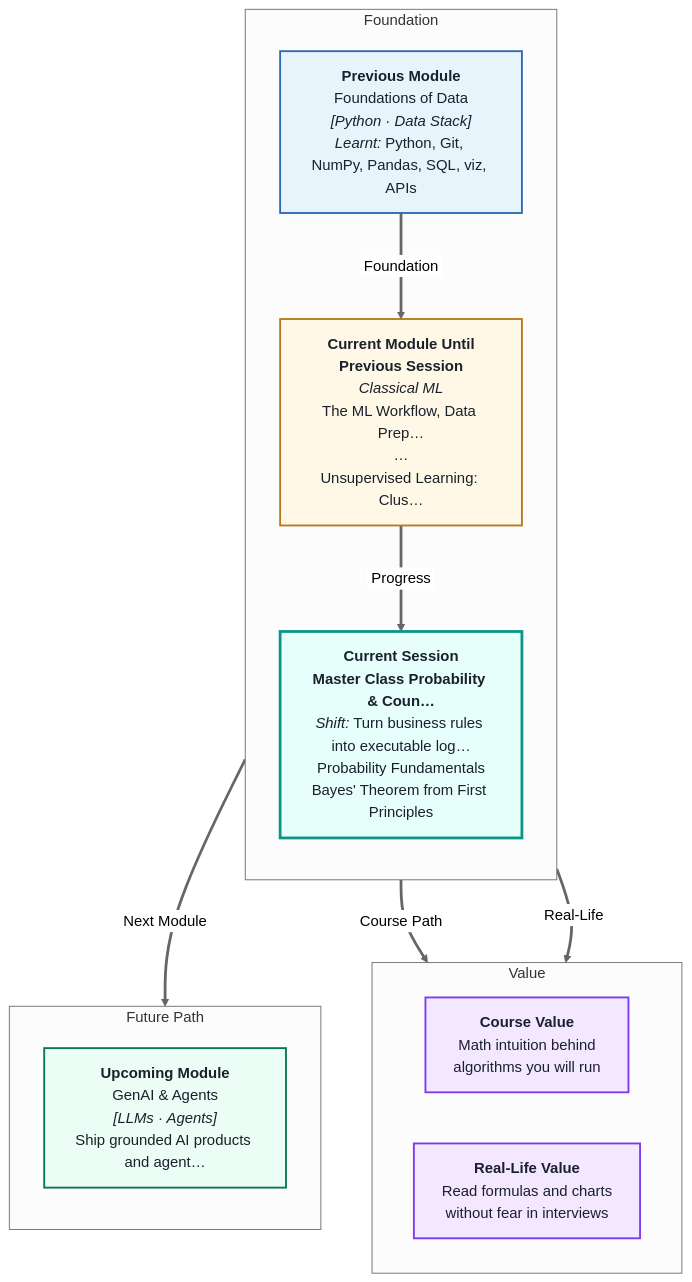
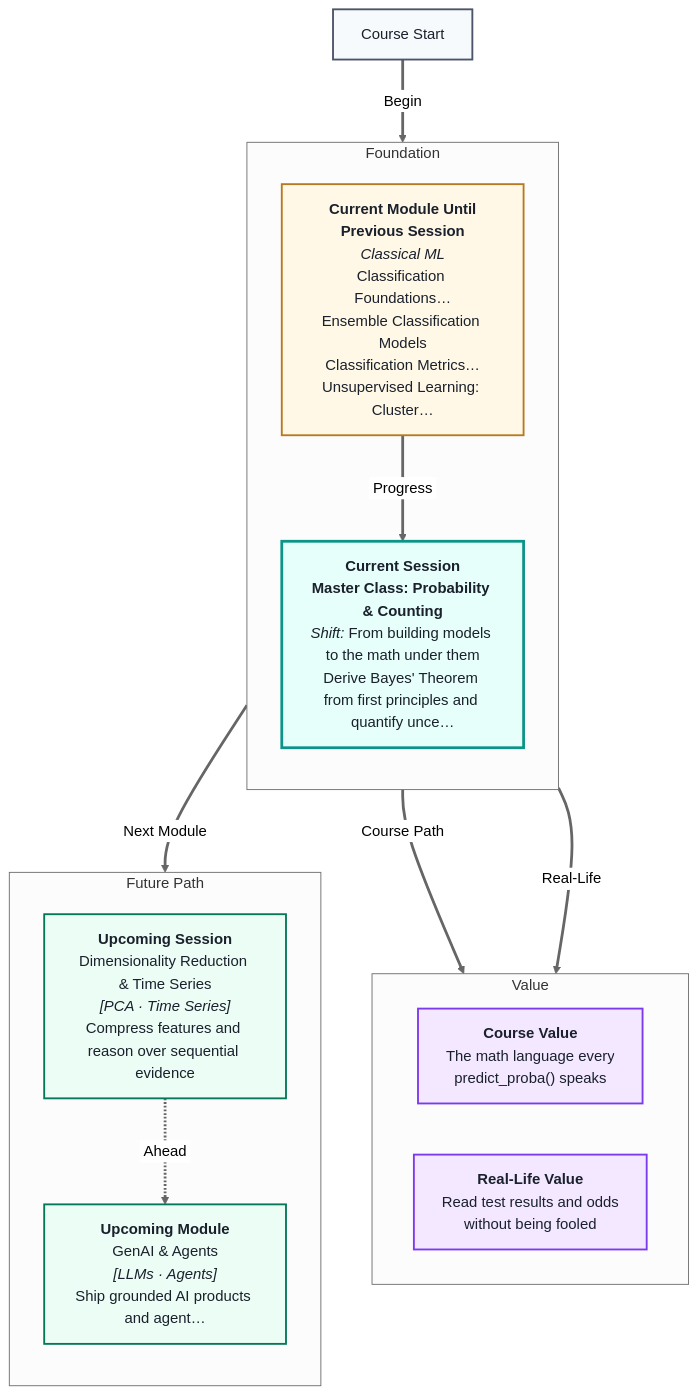
One commit to ritzrmx/Masai_Curriculum changed the diagram in IITP_AIML_Regional/IITP-AIMLTN-2605/Module 2- Classical ML/Session 10- Master Class Probability & Counting -The Mathematics of Uncertainty/mental Map: Master Class Probability & Counting :The Mathematics of Uncertainty.md. Above: the diagram before and after it, drawn with Mermaid (neutral theme). The commit also changed 47 other files, not shown here.

First line of the commit message:
Regenerate Module 2 (Classical ML) lecture scripts, mental maps & coding problems

````diff
--- a/IITP_AIML_Regional/IITP-AIMLTN-2605/Module 2- Classical ML/Session 10- Master Class Probability & Counting -The Mathematics of Uncertainty/mental Map: Master Class Probability & Counting :The Mathematics of Uncertainty.md
+++ b/IITP_AIML_Regional/IITP-AIMLTN-2605/Module 2- Classical ML/Session 10- Master Class Probability & Counting -The Mathematics of Uncertainty/mental Map: Master Class Probability & Counting :The Mathematics of Uncertainty.md
@@ -1,41 +1,42 @@
 ```mermaid
 %%{init: {'flowchart': {'nodeSpacing': 55, 'rankSpacing': 65, 'diagramPadding': 24}}}%%
 flowchart TB
 linkStyle default stroke-width:3px
 
 subgraph foundation[" Foundation "]
 direction TB
-    P0["<b>Previous Module</b><br/>Foundations of Data<br/><i>[Python · Data Stack]</i><br/><i>Learnt:</i> Python, Git, NumPy, Pandas, SQL, viz, APIs"]
-    CURMOD["<b>Current Module Until<br/>Previous Session</b><br/><i>Classical ML</i><br/>The ML Workflow, Data Prep…<br/>…<br/>Unsupervised Learning: Clus…"]
-    CURSES["<b>Current Session</b><br/><b>Master Class Probability & Coun…</b><br/><i>Shift:</i> Turn business rules into executable log…<br/>Probability Fundamentals<br/>Bayes' Theorem from First Principles"]
+    CURMOD["<b>Current Module Until<br/>Previous Session</b><br/><i>Classical ML</i><br/>Classification Foundations…<br/>Ensemble Classification Models<br/>Classification Metrics…<br/>Unsupervised Learning: Cluster…"]
+    CURSES["<b>Current Session</b><br/><b>Master Class: Probability & Counting</b><br/><i>Shift:</i> From building models to the math under them<br/>Derive Bayes' Theorem from first principles and quantify unce…"]
 end
 
 subgraph value[" Value "]
 direction LR
-    CVAL["<b>Course Value</b><br/>Math intuition behind<br/>algorithms you will run"]
-    RVAL["<b>Real-Life Value</b><br/>Read formulas and charts<br/>without fear in interviews"]
+    CVAL["<b>Course Value</b><br/>The math language every<br/>predict_proba() speaks"]
+    RVAL["<b>Real-Life Value</b><br/>Read test results and odds<br/>without being fooled"]
 end
 
 subgraph future[" Future Path "]
 direction TB
-    U0["<b>Upcoming Module</b><br/>GenAI & Agents<br/><i>[LLMs · Agents]</i><br/>Ship grounded AI products and agent…"]
+    U0["<b>Upcoming Session</b><br/>Dimensionality Reduction & Time Series<br/><i>[PCA · Time Series]</i><br/>Compress features and reason over sequential evidence"]
+    U1["<b>Upcoming Module</b><br/>GenAI & Agents<br/><i>[LLMs · Agents]</i><br/>Ship grounded AI products and agent…"]
 end
 
-P0 ==>|&nbsp;Foundation&nbsp;| CURMOD
+START["Course Start"] ==>|&nbsp;Begin&nbsp;| CURMOD
 CURMOD ==>|&nbsp;Progress&nbsp;| CURSES
 CURSES ==>|&nbsp;Course Path&nbsp;| CVAL
 CURSES ==>|&nbsp;Real-Life&nbsp;| RVAL
 CURSES ==>|&nbsp;Next Module&nbsp;| U0
+U0 -.->|&nbsp;Ahead&nbsp;| U1
 
 classDef prevBox fill:#E8F4FC,stroke:#2B6CB0,stroke-width:2px,color:#1A202C
 classDef curModBox fill:#FFF8E6,stroke:#B7791F,stroke-width:2px,color:#1A202C
 classDef curSessBox fill:#E6FFFA,stroke:#0D9488,stroke-width:3px,color:#1A202C
 classDef valueBox fill:#F3E8FF,stroke:#7C3AED,stroke-width:2px,color:#1A202C
 classDef futureBox fill:#ECFDF5,stroke:#047857,stroke-width:2px,color:#1A202C
 classDef startBox fill:#F7FAFC,stroke:#4A5568,stroke-width:2px,color:#1A202C
-class P0 prevBox
+class START startBox
 class CURMOD curModBox
 class CURSES curSessBox
 class CVAL,RVAL valueBox
-class U0 futureBox
+class U0,U1 futureBox
 ```
````
